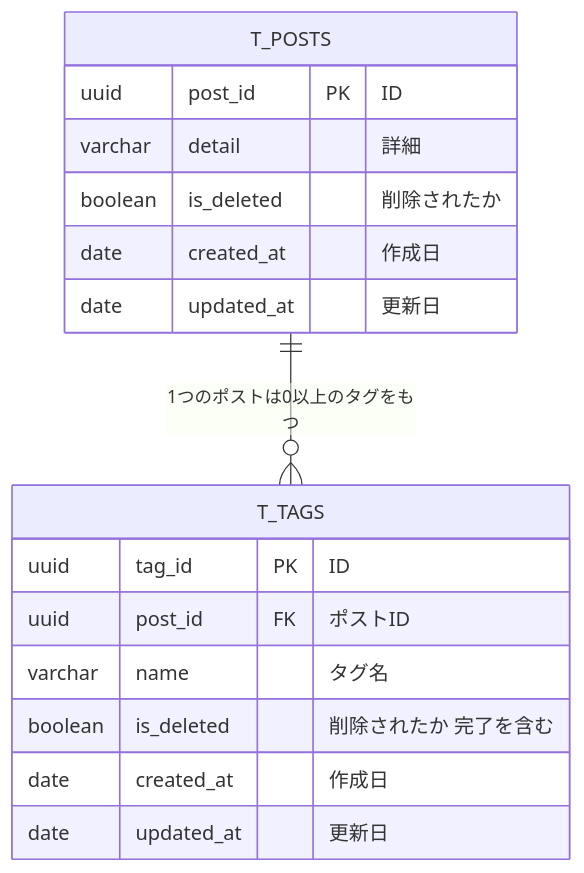
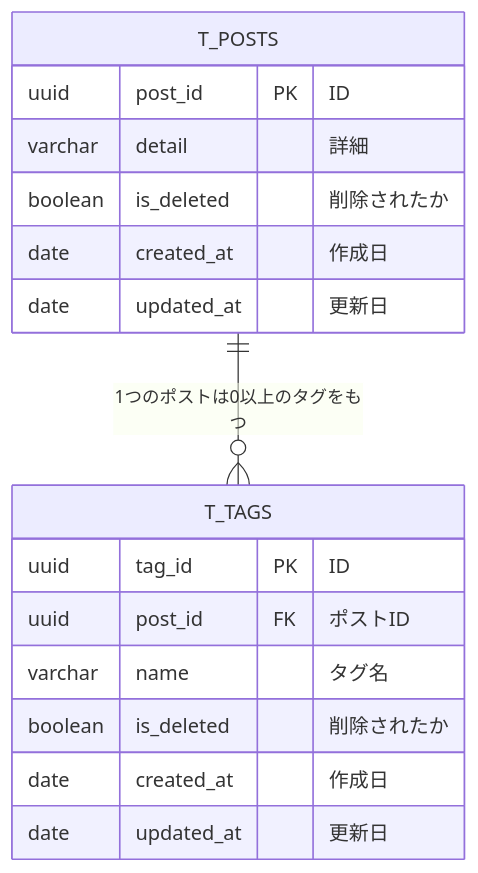
Before and after one commit to praha-inc/praha-challenge-7: the diagram in F0yWy8HaLlWoST/01_データベース設計/06_データベース設計のアンチパターンを学ぶ1/kadai.md, drawn with Mermaid.

Commit message:
fix: 微修正

````diff
--- a/F0yWy8HaLlWoST/01_データベース設計/06_データベース設計のアンチパターンを学ぶ1/kadai.md
+++ b/F0yWy8HaLlWoST/01_データベース設計/06_データベース設計のアンチパターンを学ぶ1/kadai.md
@@ -13,22 +13,22 @@
 ```mermaid
 erDiagram
 
   T_POSTS {
     uuid post_id PK "ID"
     varchar detail "<Not null> 詳細"
     boolean is_deleted "<Not null> 削除されたか"
     date created_at "<Not null> 作成日"
     date updated_at "更新日"
   }
 
   T_TAGS {
     uuid tag_id PK "ID"
     uuid post_id FK "<Not null> ポストID"
     varchar name "<Not null> タグ名"
-    boolean is_deleted "<Not null> 削除されたか 完了を含む"
+    boolean is_deleted "<Not null> 削除されたか"
     date created_at "<Not null> 作成日"
     date updated_at "更新日"
   }
 
   T_POSTS ||--o{ T_TAGS: "1つのポストは0以上のタグをもつ"
 ```
````
